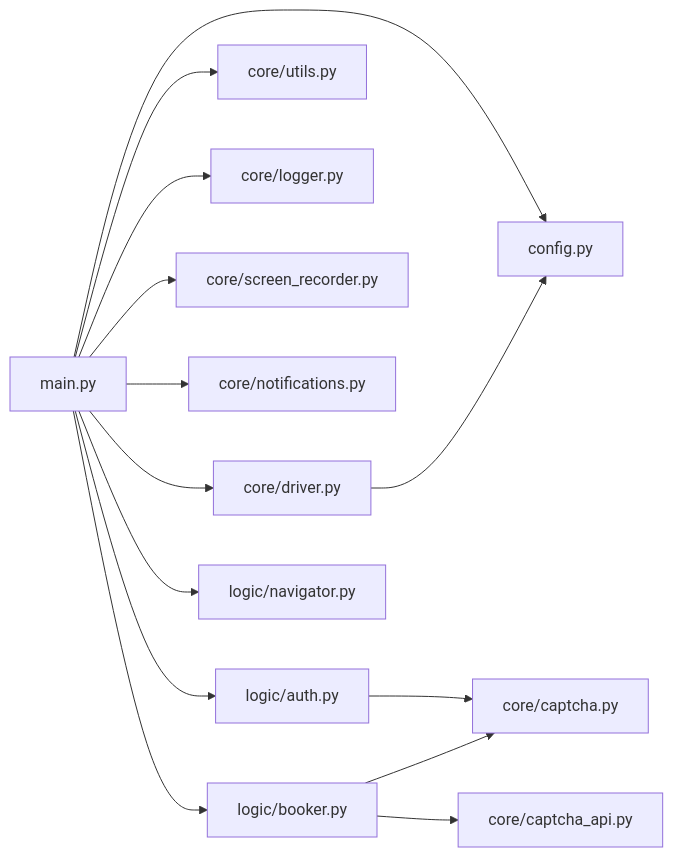
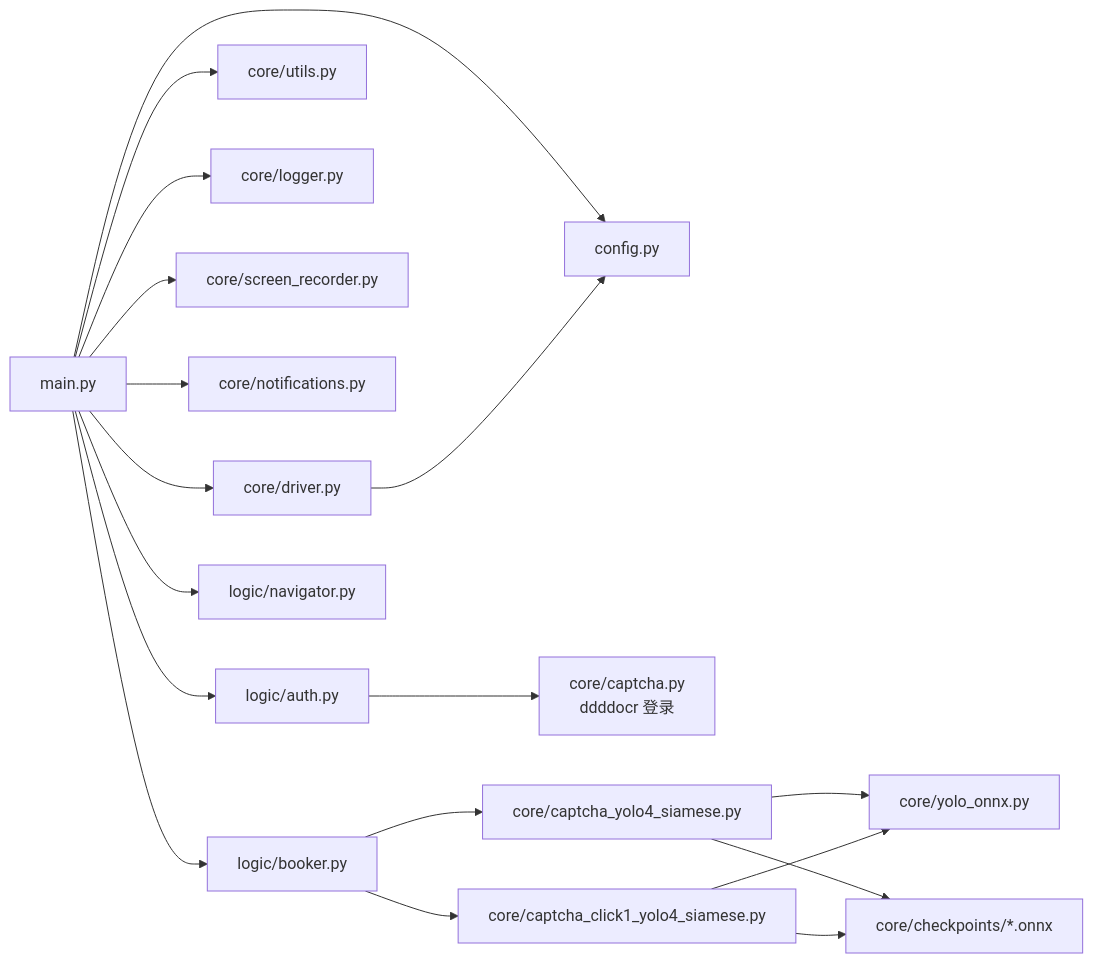
One commit to XUNRANA/LNU-LibSeat-Automation changed the second of 4 diagrams in docs/ARCHITECTURE.md. Above: the diagram before and after it, drawn with Mermaid. The commit also changed other lines of this file and 64 other files, not shown here.

````diff
--- a/docs/ARCHITECTURE.md
+++ b/docs/ARCHITECTURE.md
@@ -78,17 +107,21 @@
 ```mermaid
 flowchart LR
     main[main.py] --> cfg[config.py]
     main --> drv[core/driver.py]
     main --> util[core/utils.py]
     main --> log[core/logger.py]
     main --> rec[core/screen_recorder.py]
     main --> notif[core/notifications.py]
     main --> auth[logic/auth.py]
     main --> nav[logic/navigator.py]
     main --> book[logic/booker.py]
 
     drv --> cfg
-    auth --> capsolver[core/captcha.py]
-    book --> capapi[core/captcha_api.py]
-    book --> capsolver
+    auth --> capsolver[core/captcha.py<br/>ddddocr 登录]
+    book --> capy3[core/captcha_yolo4_siamese.py]
+    book --> capy1[core/captcha_click1_yolo4_siamese.py]
+    capy3 --> onnx[core/yolo_onnx.py]
+    capy1 --> onnx
+    capy3 --> ckpt[core/checkpoints/*.onnx]
+    capy1 --> ckpt
 ```
````
